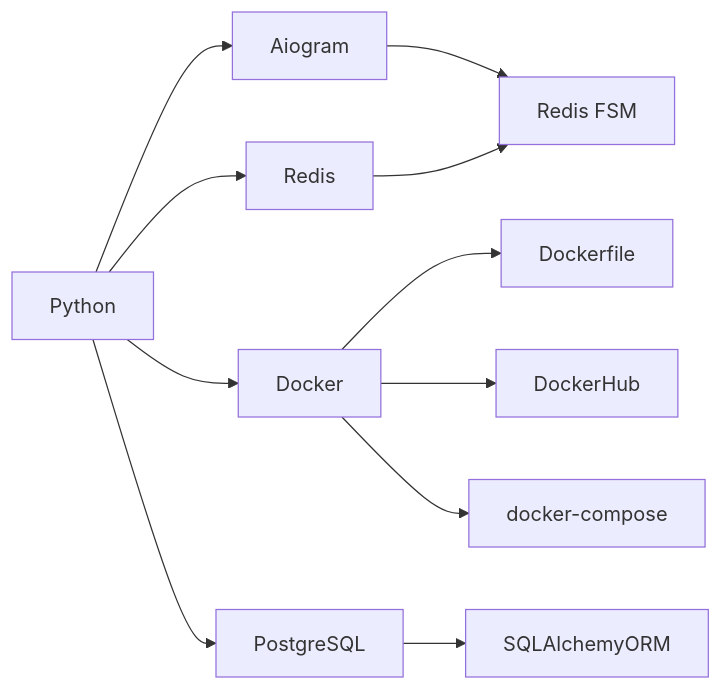
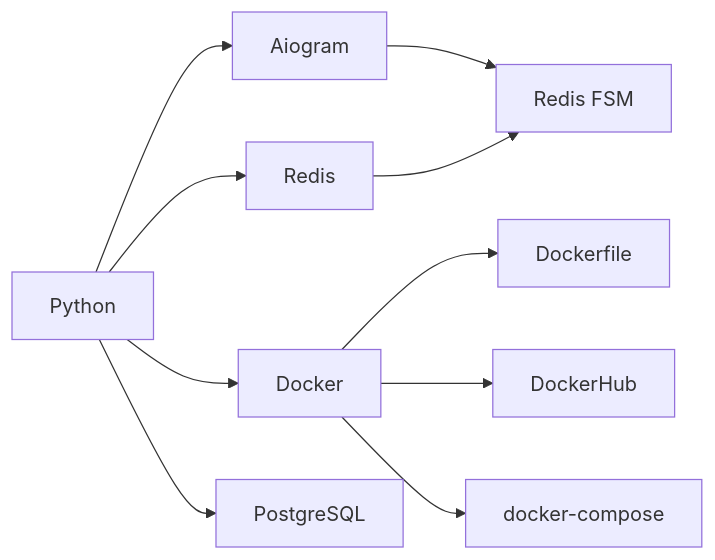
Before and after one commit to nihosprop/nihosprop: the diagram in diagram.mmd, drawn with Mermaid.

Commit message:
refactor(diagram): update

```diff
--- a/diagram.mmd
+++ b/diagram.mmd
@@ -1,11 +1,10 @@
 graph LR
     A[Python] --> B[Aiogram]
     B --> BA[Redis FSM]
     C --> BA[Redis FSM]
     A --> C[Redis]
     A --> D[Docker]
     D --> AD[Dockerfile]
     D --> ADA[DockerHub]
     D --> DB[docker-compose]
     A --> E[PostgreSQL]
-    E --> AB[SQLAlchemyORM]
```
